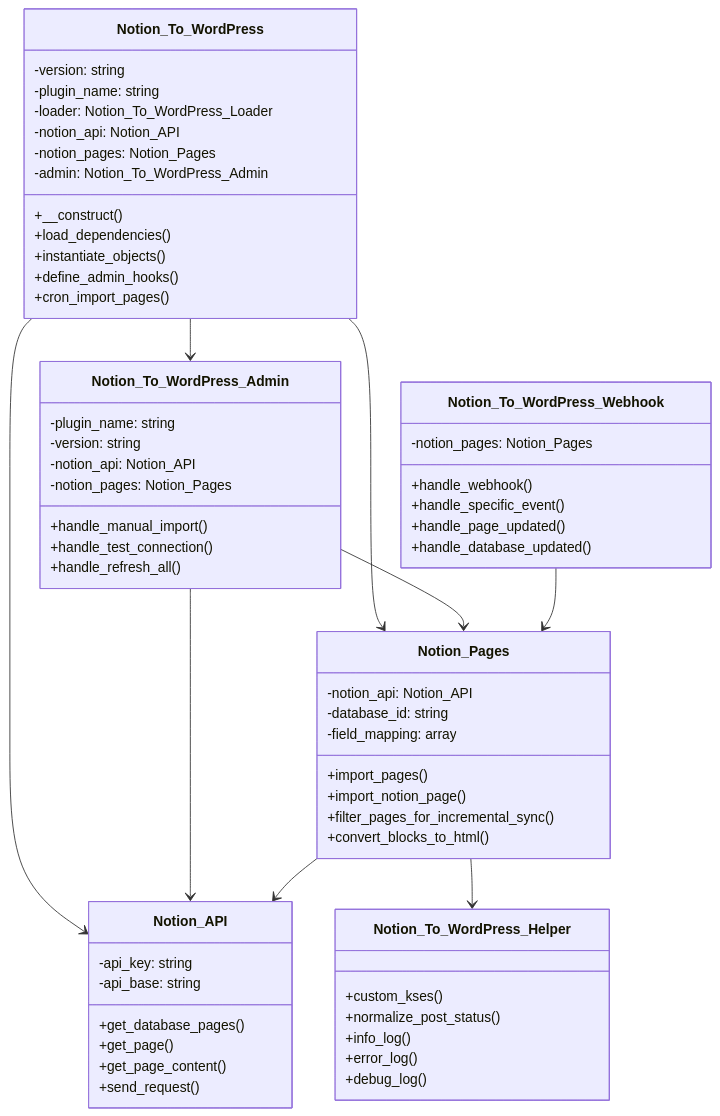
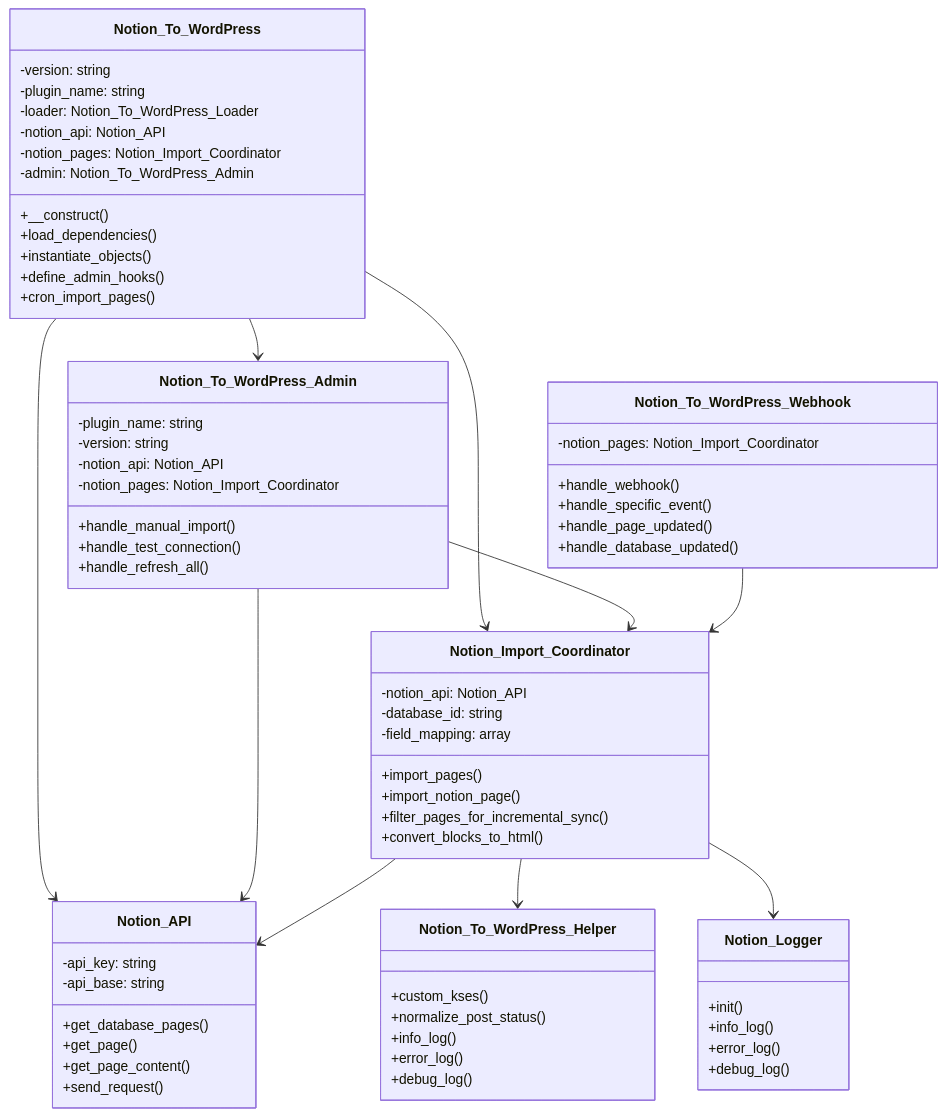
Before and after one commit to Frank-Loong/Notion-to-WordPress: the first of 4 diagrams in docs/DEVELOPER_GUIDE.md, drawn with Mermaid. The commit also changed other lines of this file and 26 other files, not shown here.

````diff
--- a/docs/DEVELOPER_GUIDE.md
+++ b/docs/DEVELOPER_GUIDE.md
@@ -139,11 +160,12 @@
 ```mermaid
 classDiagram
+    %% Framework Layer
     class Notion_To_WordPress {
         -version: string
         -plugin_name: string
         -loader: Notion_To_WordPress_Loader
         -notion_api: Notion_API
-        -notion_pages: Notion_Pages
+        -notion_pages: Notion_Import_Coordinator
         -admin: Notion_To_WordPress_Admin
         +__construct()
         +load_dependencies()
@@ -152,6 +174,7 @@
         +cron_import_pages()
     }
 
+    %% Services Layer
     class Notion_API {
         -api_key: string
         -api_base: string
@@ -161,7 +184,8 @@
         +send_request()
     }
 
-    class Notion_Pages {
+    %% Handlers Layer
+    class Notion_Import_Coordinator {
         -notion_api: Notion_API
         -database_id: string
         -field_mapping: array
@@ -175,20 +199,21 @@
         -plugin_name: string
         -version: string
         -notion_api: Notion_API
-        -notion_pages: Notion_Pages
+        -notion_pages: Notion_Import_Coordinator
         +handle_manual_import()
         +handle_test_connection()
         +handle_refresh_all()
     }
 
     class Notion_To_WordPress_Webhook {
-        -notion_pages: Notion_Pages
+        -notion_pages: Notion_Import_Coordinator
         +handle_webhook()
         +handle_specific_event()
         +handle_page_updated()
         +handle_database_updated()
     }
 
+    %% Utils Layer
     class Notion_To_WordPress_Helper {
         +custom_kses()
         +normalize_post_status()
@@ -197,12 +222,22 @@
         +debug_log()
     }
 
+    %% Core Layer
+    class Notion_Logger {
+        +init()
+        +info_log()
+        +error_log()
+        +debug_log()
+    }
+
+    %% Relationships
     Notion_To_WordPress --> Notion_API
-    Notion_To_WordPress --> Notion_Pages
+    Notion_To_WordPress --> Notion_Import_Coordinator
     Notion_To_WordPress --> Notion_To_WordPress_Admin
     Notion_To_WordPress_Admin --> Notion_API
-    Notion_To_WordPress_Admin --> Notion_Pages
-    Notion_Pages --> Notion_API
-    Notion_To_WordPress_Webhook --> Notion_Pages
-    Notion_Pages --> Notion_To_WordPress_Helper
+    Notion_To_WordPress_Admin --> Notion_Import_Coordinator
+    Notion_Import_Coordinator --> Notion_API
+    Notion_To_WordPress_Webhook --> Notion_Import_Coordinator
+    Notion_Import_Coordinator --> Notion_To_WordPress_Helper
+    Notion_Import_Coordinator --> Notion_Logger
 ```
````
